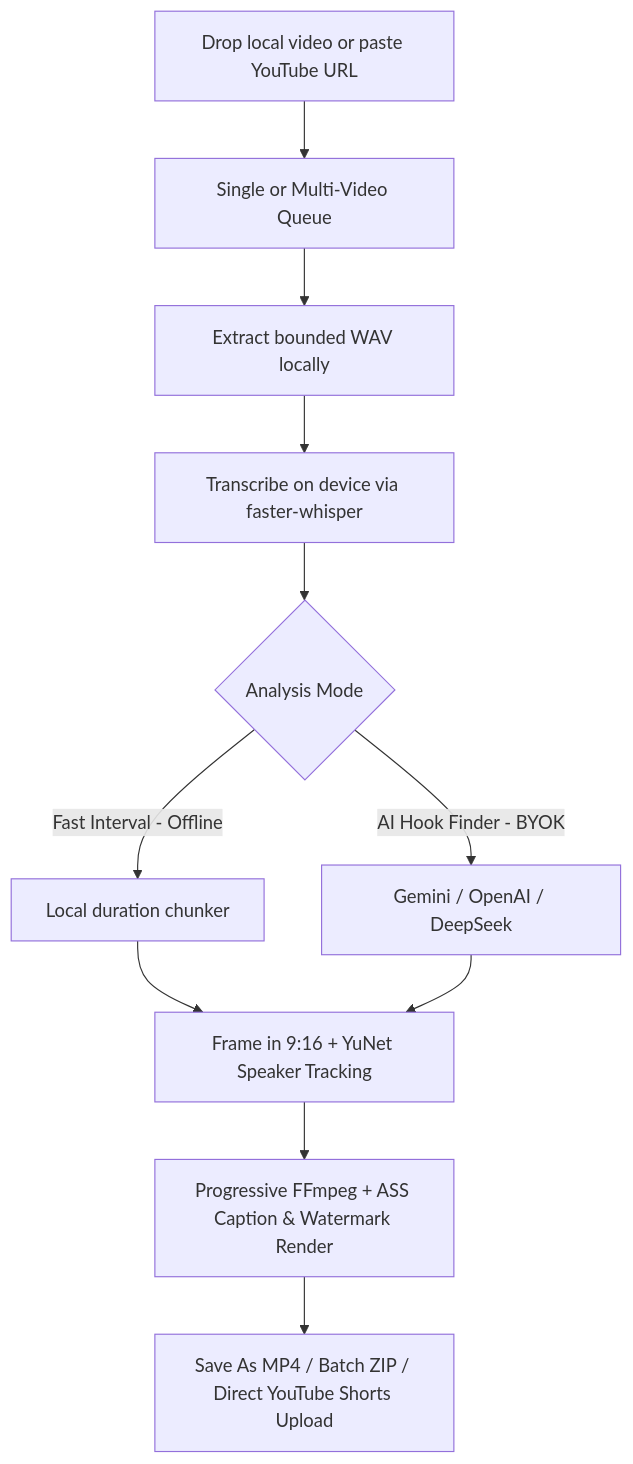
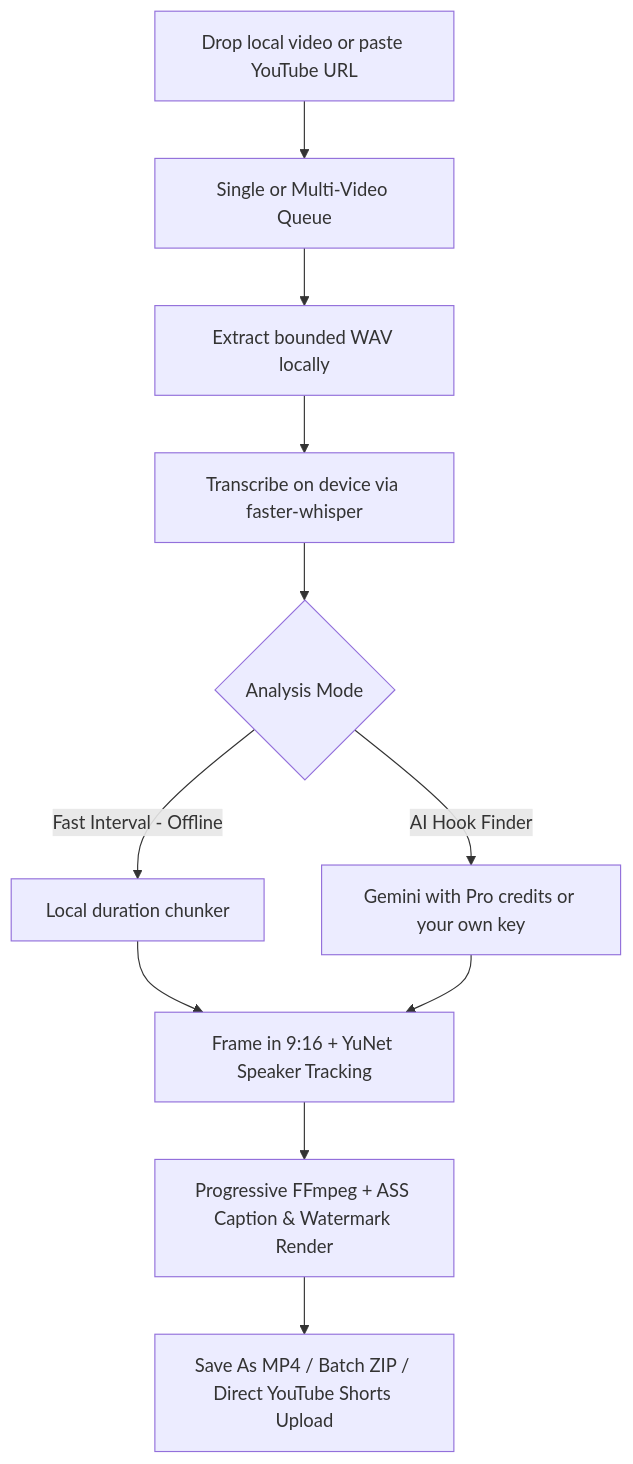
Before and after one commit to abdullohtariq/ClipRobin: the second of 2 diagrams in README.md, drawn with Mermaid. The commit also changed other lines of this file and 45 other files, not shown here.

````diff
--- a/README.md
+++ b/README.md
@@ -42,13 +43,13 @@
 ```mermaid
 flowchart TD
 	Start[Drop local video or paste YouTube URL] --> Queue[Single or Multi-Video Queue]
 	Queue --> Audio[Extract bounded WAV locally]
 	Audio --> Transcribe[Transcribe on device via faster-whisper]
 	Transcribe --> Choice{Analysis Mode}
 	Choice -->|Fast Interval - Offline| Mock[Local duration chunker]
-	Choice -->|AI Hook Finder - BYOK| Remote[Gemini / OpenAI / DeepSeek]
+	Choice -->|AI Hook Finder| Remote[Gemini with Pro credits or your own key]
 	Mock --> Frame[Frame in 9:16 + YuNet Speaker Tracking]
 	Remote --> Frame
 	Frame --> Render[Progressive FFmpeg + ASS Caption & Watermark Render]
 	Render --> Export[Save As MP4 / Batch ZIP / Direct YouTube Shorts Upload]
 ```
````
